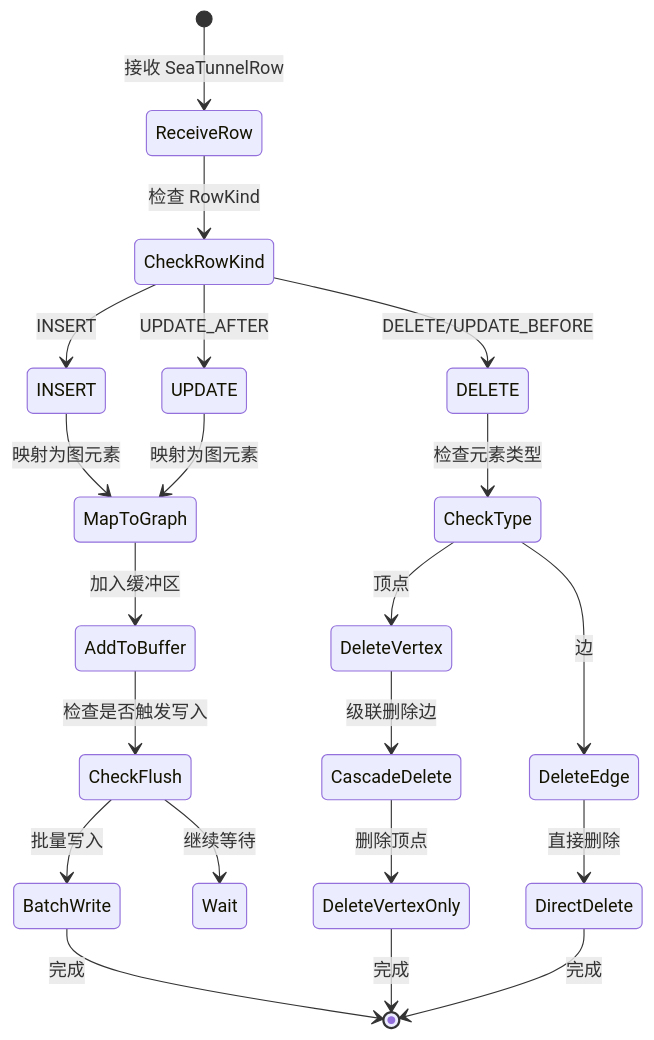
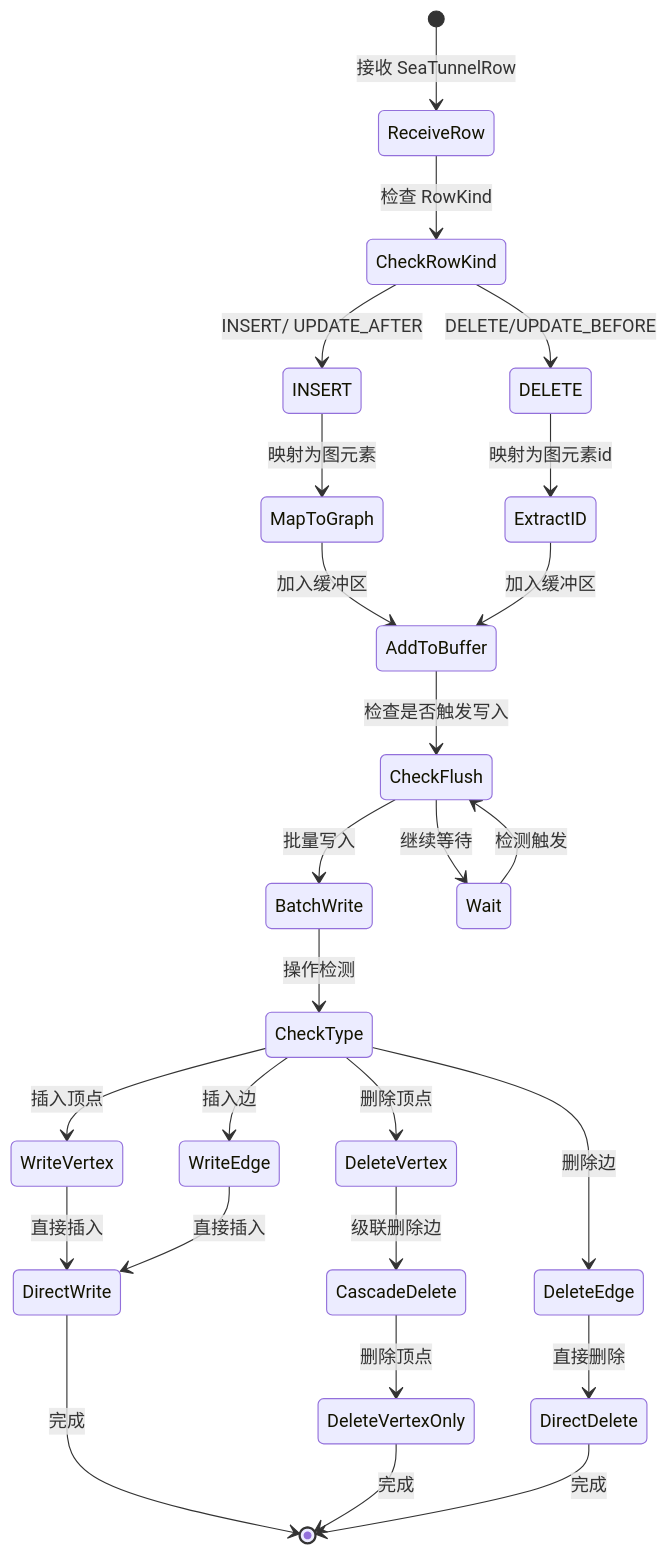
The second of 2 diagrams in .vibedev/specs/hugegraph-connector/design.md (hugegraph/seatunnel), drawn with Mermaid before and after one commit. The commit also changed other lines of this file and 1 other file, not shown here.

Commit message:
update development docs

````diff
--- a/.vibedev/specs/hugegraph-connector/design.md
+++ b/.vibedev/specs/hugegraph-connector/design.md
@@ -211,30 +211,38 @@
 ```mermaid
 stateDiagram-v2
     [*] --> ReceiveRow: 接收 SeaTunnelRow
     ReceiveRow --> CheckRowKind: 检查 RowKind
     
-    CheckRowKind --> INSERT: INSERT
-    CheckRowKind --> UPDATE: UPDATE_AFTER
+    CheckRowKind --> INSERT: INSERT/ UPDATE_AFTER
     CheckRowKind --> DELETE: DELETE/UPDATE_BEFORE
     
     INSERT --> MapToGraph: 映射为图元素
-    UPDATE --> MapToGraph: 映射为图元素
-    DELETE --> CheckType: 检查元素类型
+    DELETE --> ExtractID: 映射为图元素id
     
     MapToGraph --> AddToBuffer: 加入缓冲区
+    ExtractID --> AddToBuffer: 加入缓冲区
     AddToBuffer --> CheckFlush: 检查是否触发写入
     
-    CheckType --> DeleteVertex: 顶点
-    CheckType --> DeleteEdge: 边
+    CheckFlush --> BatchWrite: 批量写入
+    CheckFlush --> Wait: 继续等待
+    Wait --> CheckFlush: 检测触发
+
+    BatchWrite --> CheckType: 操作检测
+
+    CheckType --> WriteVertex: 插入顶点
+    CheckType --> WriteEdge: 插入边
+    CheckType --> DeleteVertex: 删除顶点
+    CheckType --> DeleteEdge: 删除边
+
+    WriteVertex --> DirectWrite: 直接插入
+    WriteEdge --> DirectWrite: 直接插入
     
     DeleteVertex --> CascadeDelete: 级联删除边
     CascadeDelete --> DeleteVertexOnly: 删除顶点
     DeleteEdge --> DirectDelete: 直接删除
     
-    CheckFlush --> BatchWrite: 批量写入
-    CheckFlush --> Wait: 继续等待
-    
-    BatchWrite --> [*]: 完成
+    DirectWrite --> [*]: 完成
     DeleteVertexOnly --> [*]: 完成
     DirectDelete --> [*]: 完成
+
 ```
````
